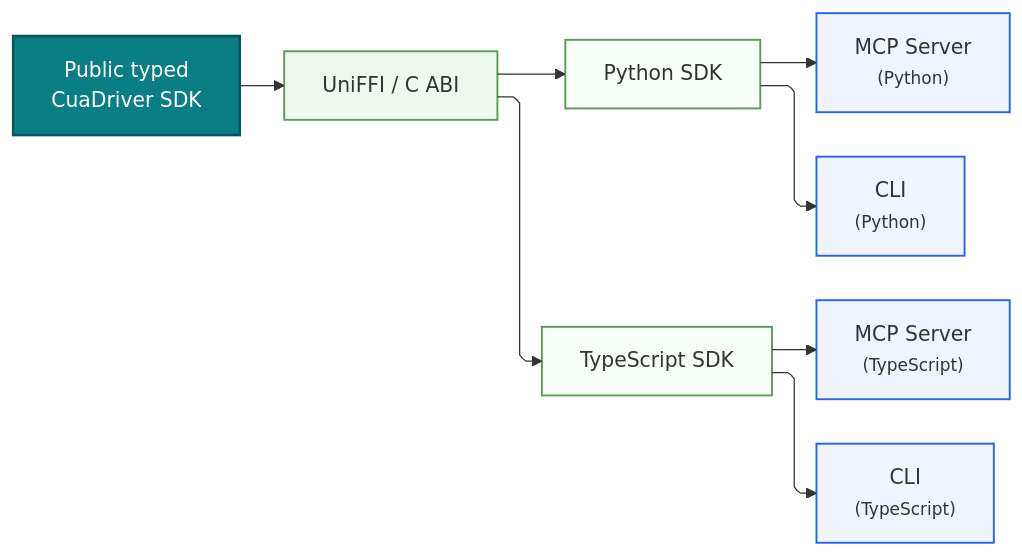
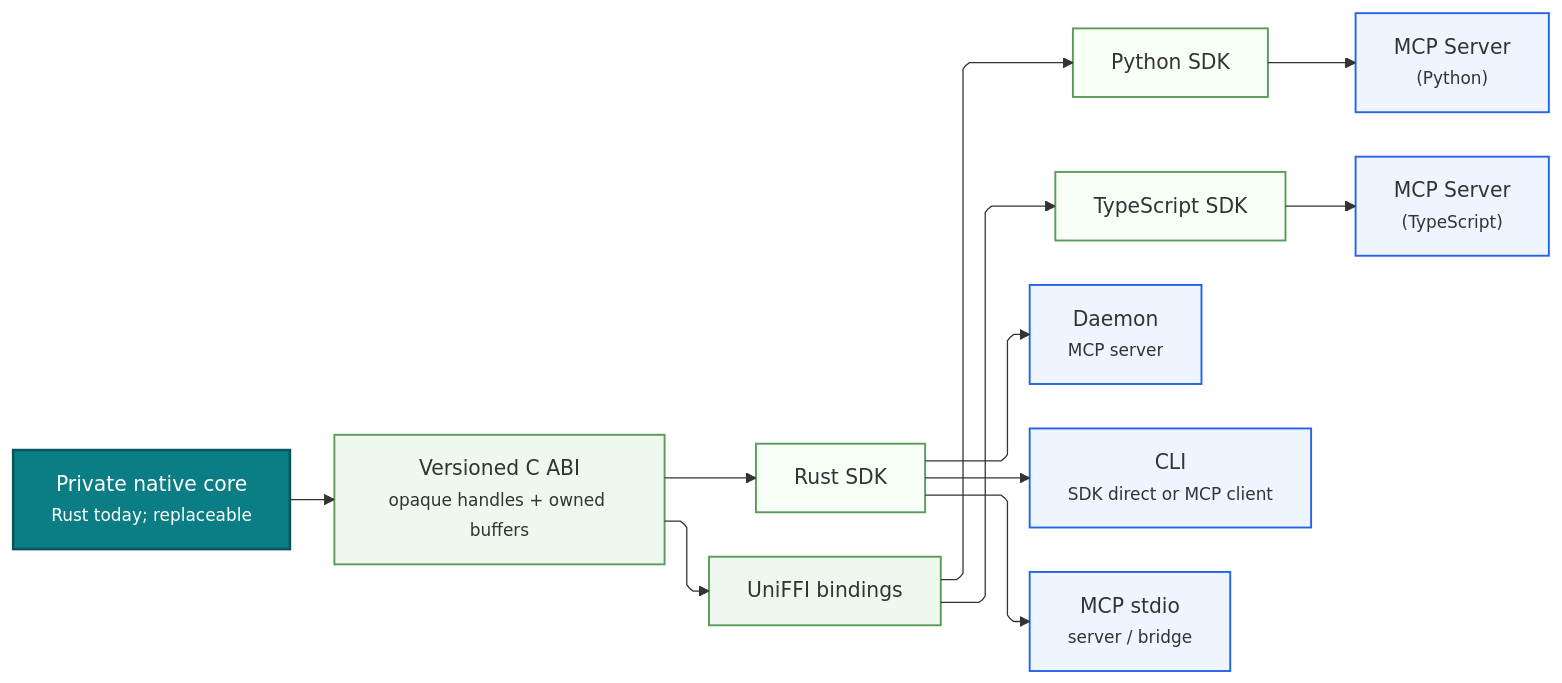
The diagram in rfcs/2447-cua-driver-native-core-and-mcp-adapter.md (trycua/cua), drawn with Mermaid before and after one commit. The commit also changed other lines of this file and 23 other files, not shown here.

First line of the commit message:
feat(cua-driver): add true in-process SDK runtime (#2461)

````diff
--- a/rfcs/2447-cua-driver-native-core-and-mcp-adapter.md
+++ b/rfcs/2447-cua-driver-native-core-and-mcp-adapter.md
@@ -37,46 +38,47 @@
 ```mermaid
 %%{init: {
   "flowchart": {
     "defaultRenderer": "elk",
     "curve": "linear",
     "nodeSpacing": 60,
     "rankSpacing": 90
   }
 }}%%
 
 flowchart LR
 
-    SDK["Public typed<br/>CuaDriver SDK"]
-
-    UNIFFI["UniFFI / C ABI"]
-
+    CORE["Private native core<br/><small>Rust today; replaceable</small>"]
+    ABI["Versioned C ABI<br/><small>opaque handles + owned buffers</small>"]
+    RUST["Rust SDK"]
+    UNIFFI["UniFFI bindings"]
     PY["Python SDK"]
     TS["TypeScript SDK"]
 
+    DAEMON["Daemon<br/><small>MCP server</small>"]
+    RUSTCLI["CLI<br/><small>SDK direct or MCP client</small>"]
+    STDIO["MCP stdio<br/><small>server / bridge</small>"]
     PYMCP["MCP Server<br/><small>(Python)</small>"]
-    PYCLI["CLI<br/><small>(Python)</small>"]
+    TSMCP["MCP Server<br/><small>(TypeScript)</small>"]
 
-    TSMCP["MCP Server<br/><small>(TypeScript)</small>"]
-    TSCLI["CLI<br/><small>(TypeScript)</small>"]
-
-    SDK --> UNIFFI
-
+    CORE --> ABI
+    ABI --> RUST
+    ABI --> UNIFFI
     UNIFFI --> PY
     UNIFFI --> TS
 
+    RUST --> DAEMON
+    RUST --> RUSTCLI
+    RUST --> STDIO
     PY --> PYMCP
-    PY --> PYCLI
+    TS --> TSMCP
 
-    TS --> TSMCP
-    TS --> TSCLI
-
-    classDef sdk fill:#0b7d85,color:#fff,stroke:#05555a,stroke-width:2px;
+    classDef core fill:#0b7d85,color:#fff,stroke:#05555a,stroke-width:2px;
     classDef bridge fill:#eef8ef,stroke:#5a9b5a,stroke-width:1.5px;
     classDef binding fill:#f7fff7,stroke:#5a9b5a,stroke-width:1.5px;
     classDef consumer fill:#eef5ff,stroke:#2563eb,stroke-width:1.5px;
 
-    class SDK sdk;
-    class UNIFFI bridge;
-    class PY,TS binding;
-    class PYMCP,PYCLI,TSMCP,TSCLI consumer;
+    class CORE core;
+    class ABI,UNIFFI bridge;
+    class RUST,PY,TS binding;
+    class DAEMON,RUSTCLI,STDIO,PYMCP,TSMCP consumer;
 ```
````
